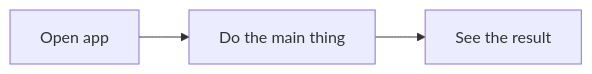
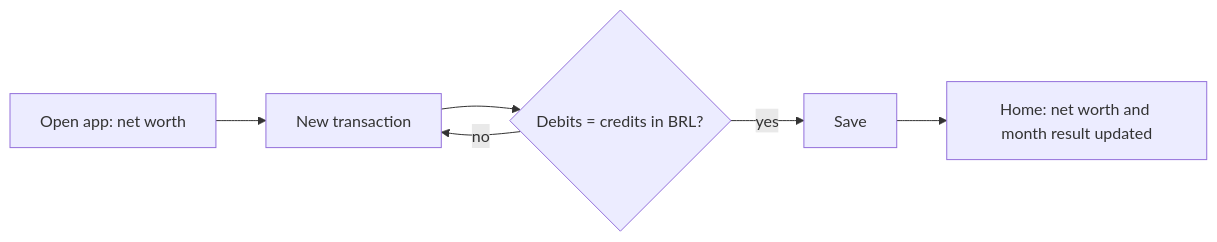
Before and after one commit to vitorgewe/twofold: the diagram in docs/spec.md, drawn with Mermaid. The commit also changed other lines of this file and 14 other files, not shown here.

````diff
--- a/docs/spec.md
+++ b/docs/spec.md
@@ -20,4 +25,8 @@
 ```mermaid
 flowchart LR
-  A[Open app] --> B[Do the main thing] --> C[See the result]
+  A[Open app: net worth] --> B[New transaction]
+  B --> C{Debits = credits in BRL?}
+  C -- no --> B
+  C -- yes --> D[Save]
+  D --> E[Home: net worth and month result updated]
 ```
````
